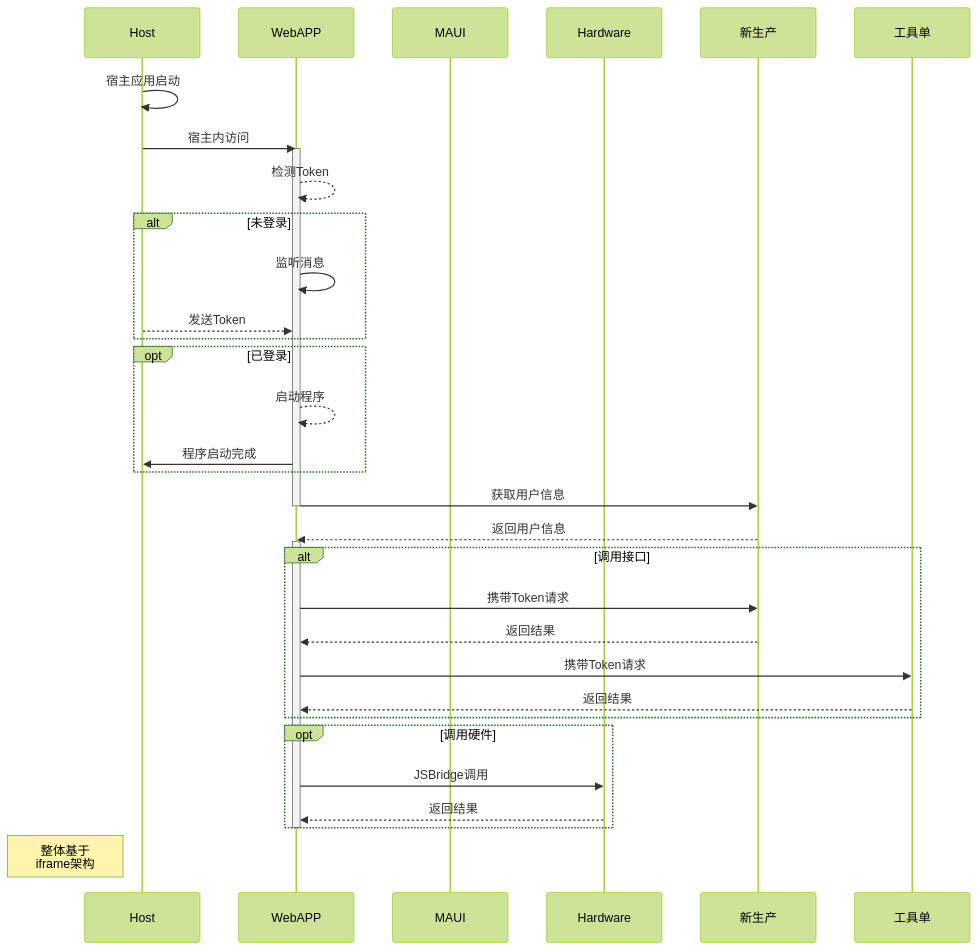
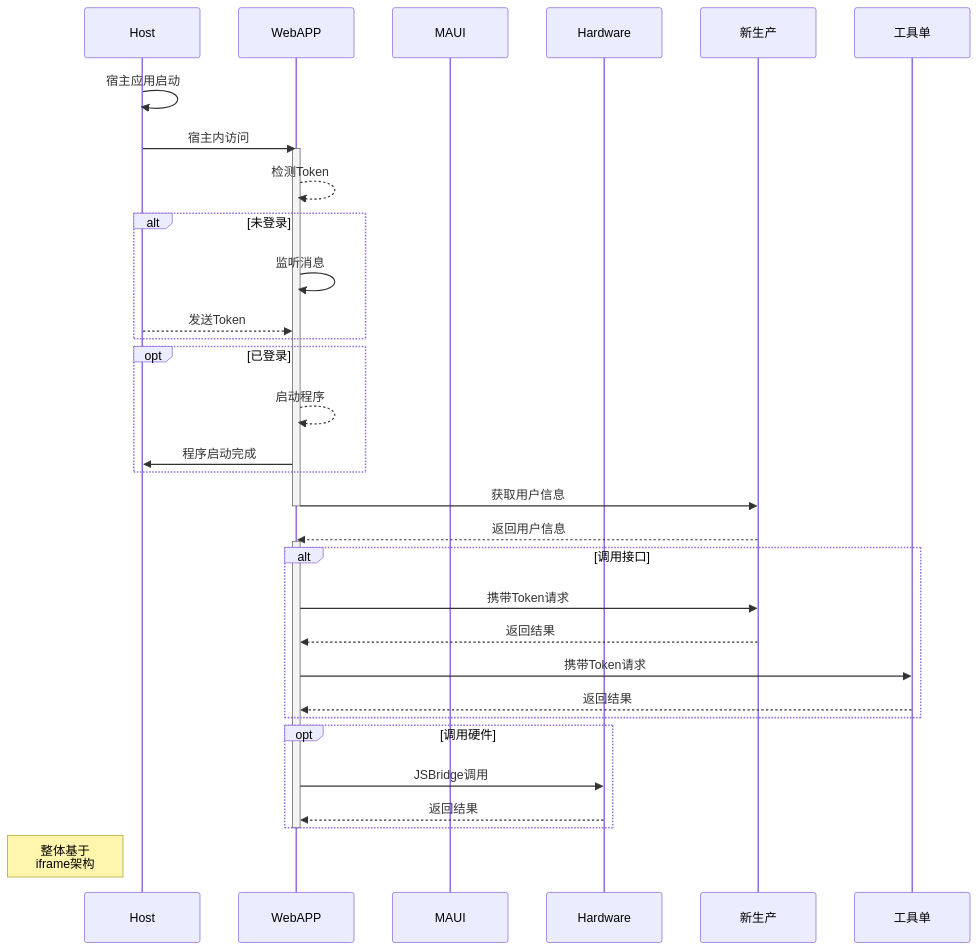
Before and after one commit to changweihua/changweihua.github.io: the diagram in gallery/web_app.md, drawn with Mermaid. The commit also changed 96 other files, not shown here.

````diff
--- a/gallery/web_app.md
+++ b/gallery/web_app.md
@@ -40,44 +40,43 @@
 ```mermaid
-%%{init: {'theme':'forest'}}%%
 sequenceDiagram
 	participant A as Host
 	participant B as WebAPP
 	participant C as MAUI
 	participant D as Hardware
 	participant E as 新生产
 	participant F as 工具单
 
 	A->>A:宿主应用启动
 	A->>B:宿主内访问
     activate B
 	    B-->>B:检测Token
 
         alt 未登录
             B->>B:监听消息
             A-->>B:发送Token
         end
         opt 已登录
             B-->>B:启动程序
             B->>A:程序启动完成
         end
         B->>E:获取用户信息
 	  deactivate B
     
     E-->>B:返回用户信息
       activate B
         alt 调用接口
           B->>E:携带Token请求
           E-->>B:返回结果
           B->>F:携带Token请求
           F-->>B:返回结果
         end
 
         opt 调用硬件
           B->>D:JSBridge调用
           D-->>B:返回结果
         end
       deactivate B
 
 	%% left or right
 	note left of A:整体基于<br>iframe架构
 ```
````
